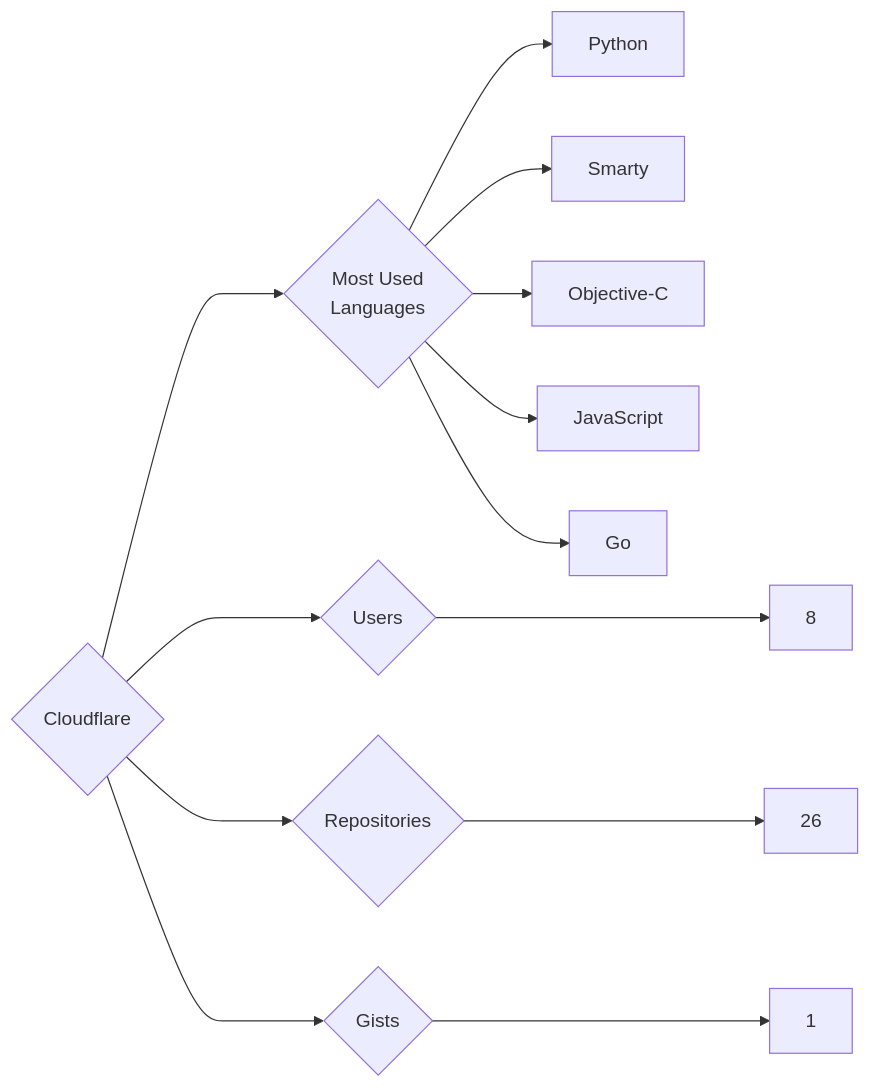
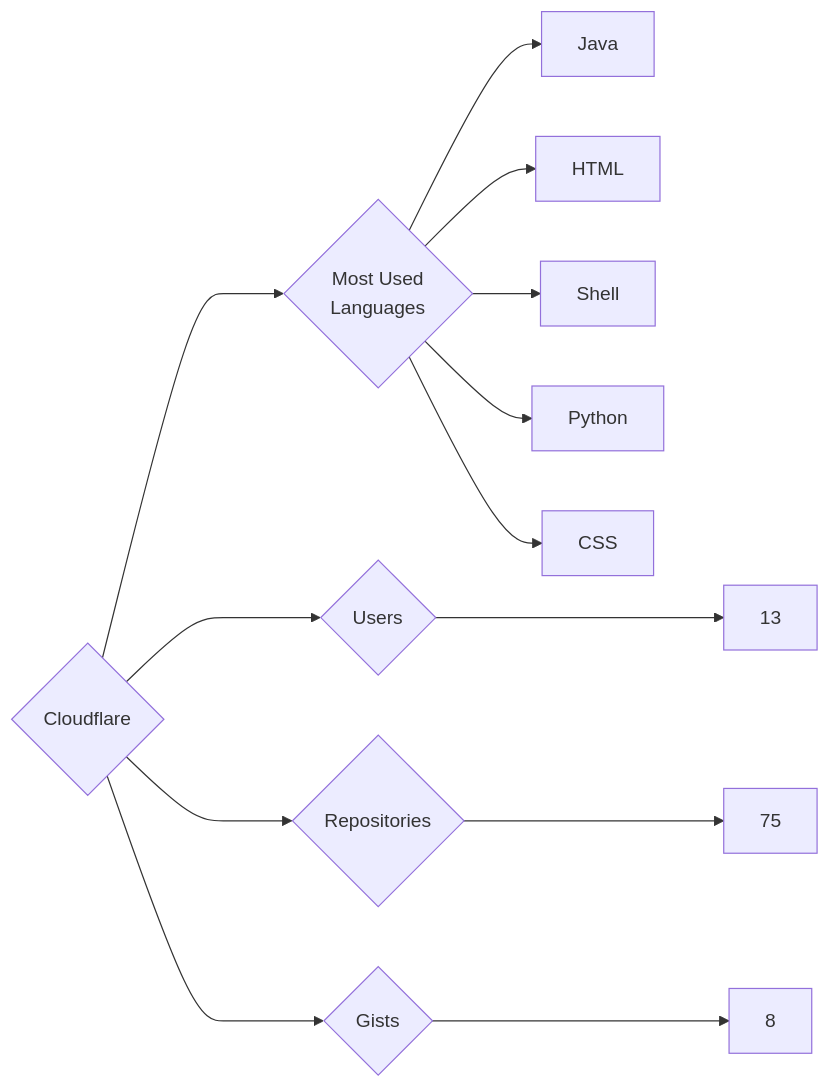
Before and after one commit to trickest/insiders: the diagram in targets/Cloudflare/README.md, drawn with Mermaid. The commit also changed 1148 other files, not shown here.

````diff
--- a/targets/Cloudflare/README.md
+++ b/targets/Cloudflare/README.md
@@ -3,13 +3,13 @@
 ```mermaid
 graph LR
 COMPANY_NAME{Cloudflare}
-COMPANY_NAME ---> U{Users} ---> UN[8]
-COMPANY_NAME ---> R{Repositories} ---> RN[26]
-COMPANY_NAME ---> G{Gists} ---> GN[1]
+COMPANY_NAME ---> U{Users} ---> UN[13]
+COMPANY_NAME ---> R{Repositories} ---> RN[75]
+COMPANY_NAME ---> G{Gists} ---> GN[8]
 COMPANY_NAME ---> ML{Most Used<br>Languages}
+ML --> Java[Java]
+ML --> HTML[HTML]
+ML --> Shell[Shell]
 ML --> Python[Python]
-ML --> Smarty[Smarty]
-ML --> Objective-C[Objective-C]
-ML --> JavaScript[JavaScript]
-ML --> Go[Go]
+ML --> CSS[CSS]
 ```
````
